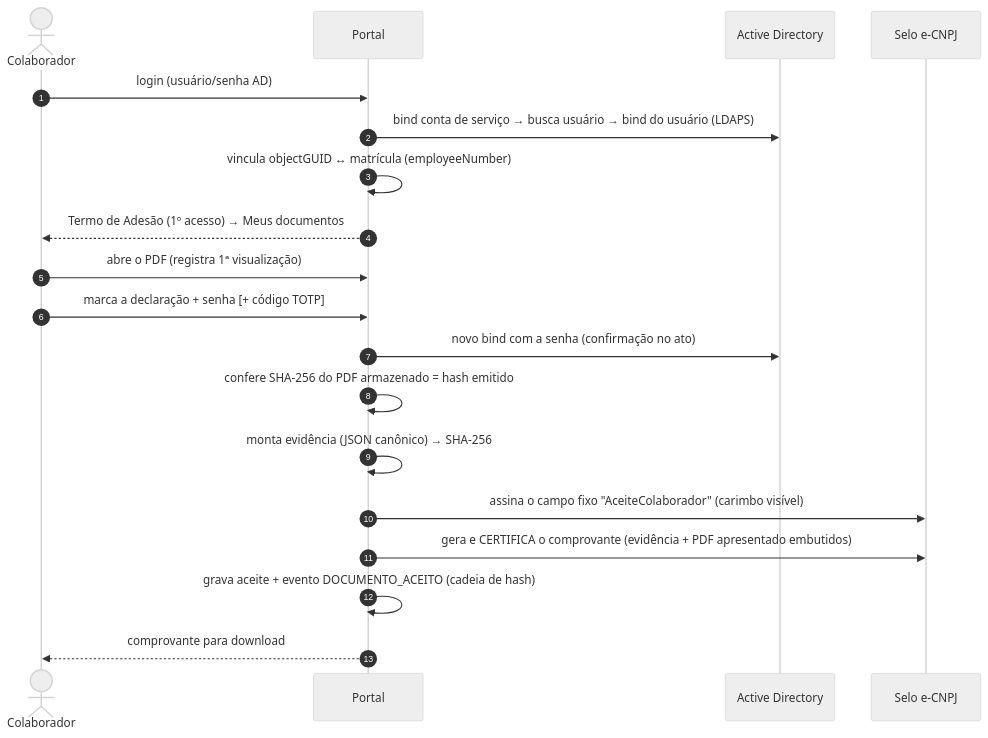
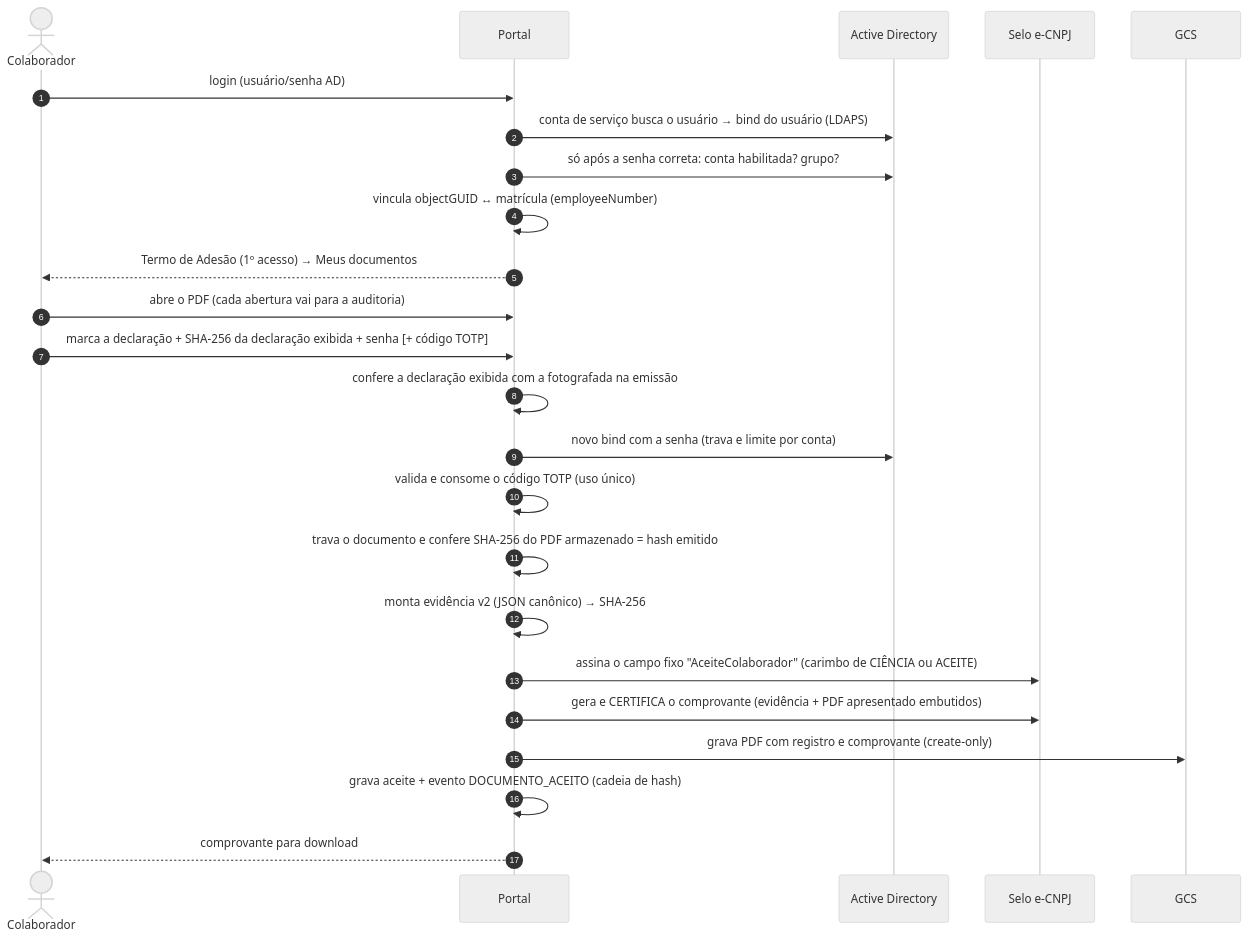
Before and after one commit to felisberto-byte/RH: the third of 3 diagrams in docs/arquitetura.md, drawn with Mermaid (neutral theme). The commit also changed other lines of this file and 17 other files, not shown here.

````diff
--- a/docs/arquitetura.md
+++ b/docs/arquitetura.md
@@ -67,21 +133,26 @@
 ```mermaid
 sequenceDiagram
   autonumber
   actor C as Colaborador
   participant P as Portal
   participant AD as Active Directory
   participant S as Selo e-CNPJ
+  participant G as GCS
   C->>P: login (usuário/senha AD)
-  P->>AD: bind conta de serviço → busca usuário → bind do usuário (LDAPS)
+  P->>AD: conta de serviço busca o usuário → bind do usuário (LDAPS)
+  P->>AD: só após a senha correta: conta habilitada? grupo?
   P->>P: vincula objectGUID ↔ matrícula (employeeNumber)
   P-->>C: Termo de Adesão (1º acesso) → Meus documentos
-  C->>P: abre o PDF (registra 1ª visualização)
-  C->>P: marca a declaração + senha [+ código TOTP]
-  P->>AD: novo bind com a senha (confirmação no ato)
-  P->>P: confere SHA-256 do PDF armazenado = hash emitido
-  P->>P: monta evidência (JSON canônico) → SHA-256
-  P->>S: assina o campo fixo "AceiteColaborador" (carimbo visível)
+  C->>P: abre o PDF (cada abertura vai para a auditoria)
+  C->>P: marca a declaração + SHA-256 da declaração exibida + senha [+ código TOTP]
+  P->>P: confere a declaração exibida com a fotografada na emissão
+  P->>AD: novo bind com a senha (trava e limite por conta)
+  P->>P: valida e consome o código TOTP (uso único)
+  P->>P: trava o documento e confere SHA-256 do PDF armazenado = hash emitido
+  P->>P: monta evidência v2 (JSON canônico) → SHA-256
+  P->>S: assina o campo fixo "AceiteColaborador" (carimbo de CIÊNCIA ou ACEITE)
   P->>S: gera e CERTIFICA o comprovante (evidência + PDF apresentado embutidos)
+  P->>G: grava PDF com registro e comprovante (create-only)
   P->>P: grava aceite + evento DOCUMENTO_ACEITO (cadeia de hash)
   P-->>C: comprovante para download
 ```
````
